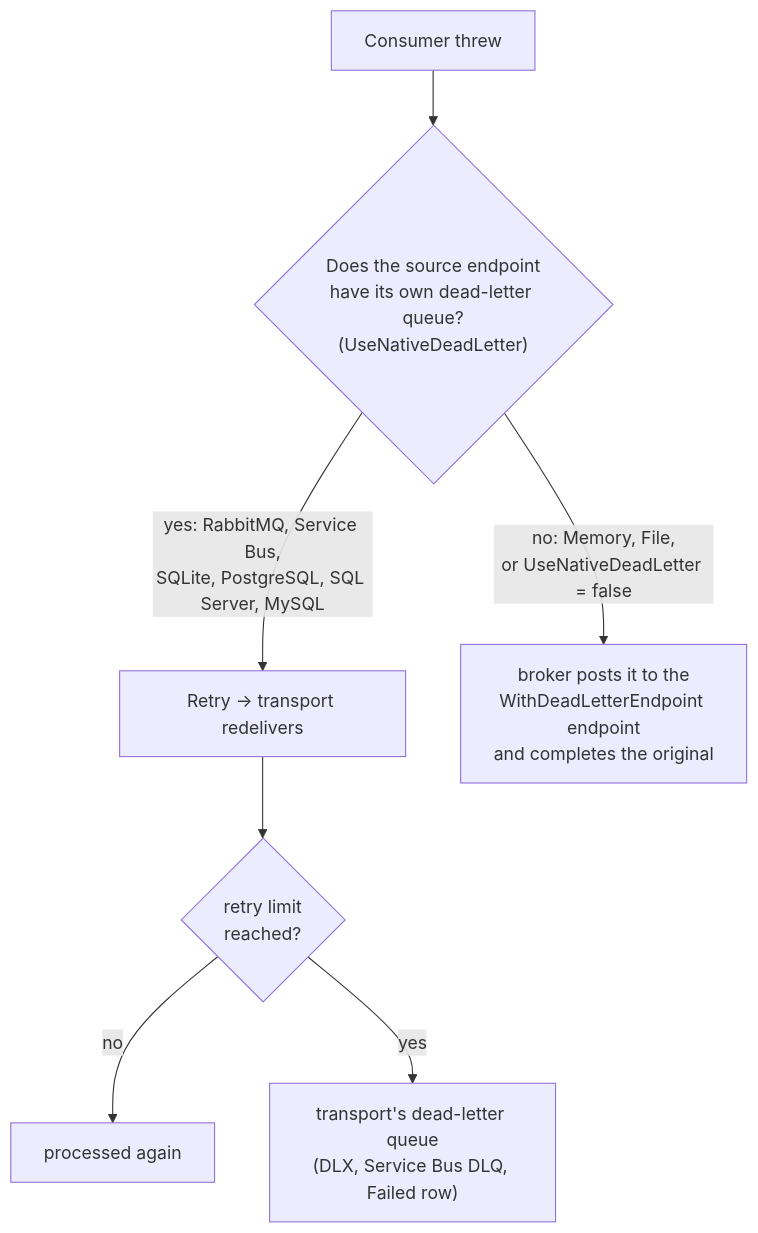
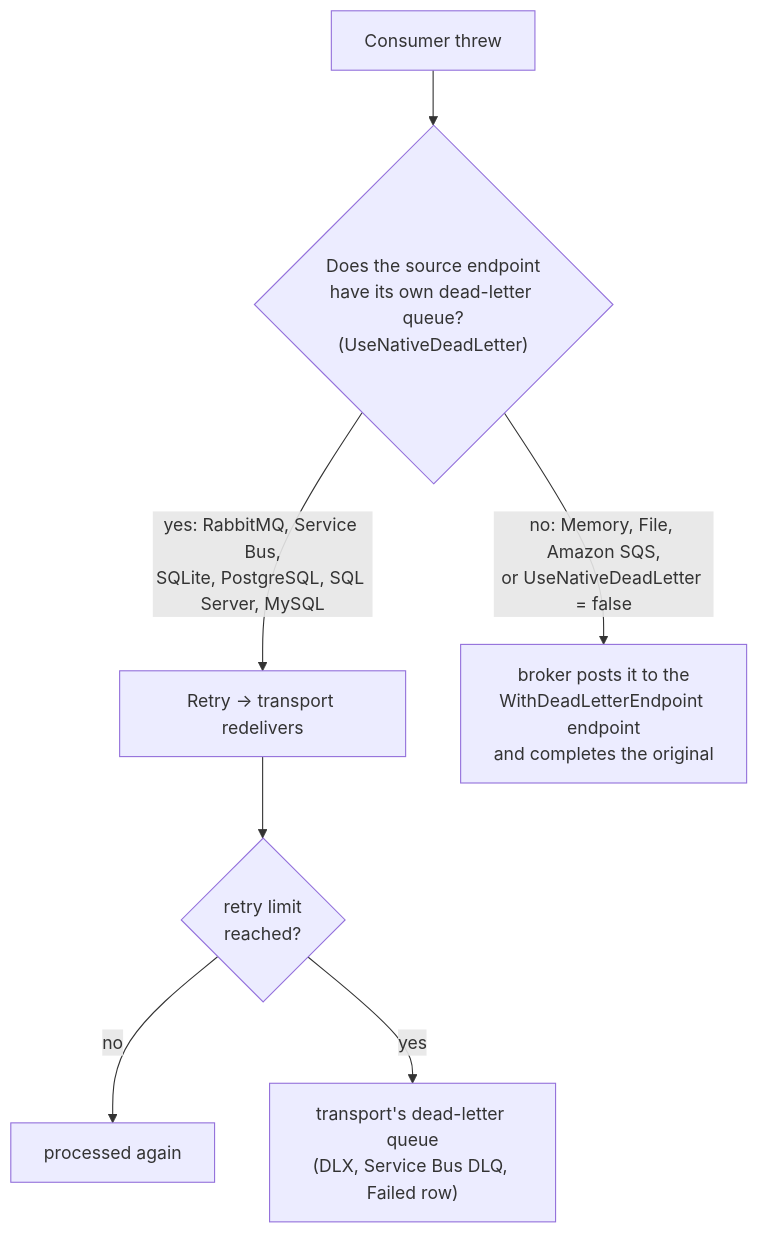
The second of 2 diagrams in docs/reliability.md (nymankla/NymBroker), drawn with Mermaid before and after one commit. The commit also changed other lines of this file and 27 other files, not shown here.

````diff
--- a/docs/reliability.md
+++ b/docs/reliability.md
@@ -31,9 +33,9 @@
 ```mermaid
 flowchart TD
     F["Consumer threw"] --> N{"Does the source endpoint<br/>have its own dead-letter queue?<br/>(UseNativeDeadLetter)"}
     N -- "yes: RabbitMQ, Service Bus,<br/>SQLite, PostgreSQL, SQL Server, MySQL" --> R["Retry → transport redelivers"]
     R --> L{"retry limit<br/>reached?"}
     L -- no --> AGAIN["processed again"]
     L -- yes --> NDL["transport's dead-letter queue<br/>(DLX, Service Bus DLQ, Failed row)"]
-    N -- "no: Memory, File,<br/>or UseNativeDeadLetter = false" --> BDL["broker posts it to the<br/>WithDeadLetterEndpoint endpoint<br/>and completes the original"]
+    N -- "no: Memory, File, Amazon SQS,<br/>or UseNativeDeadLetter = false" --> BDL["broker posts it to the<br/>WithDeadLetterEndpoint endpoint<br/>and completes the original"]
 ```
````
